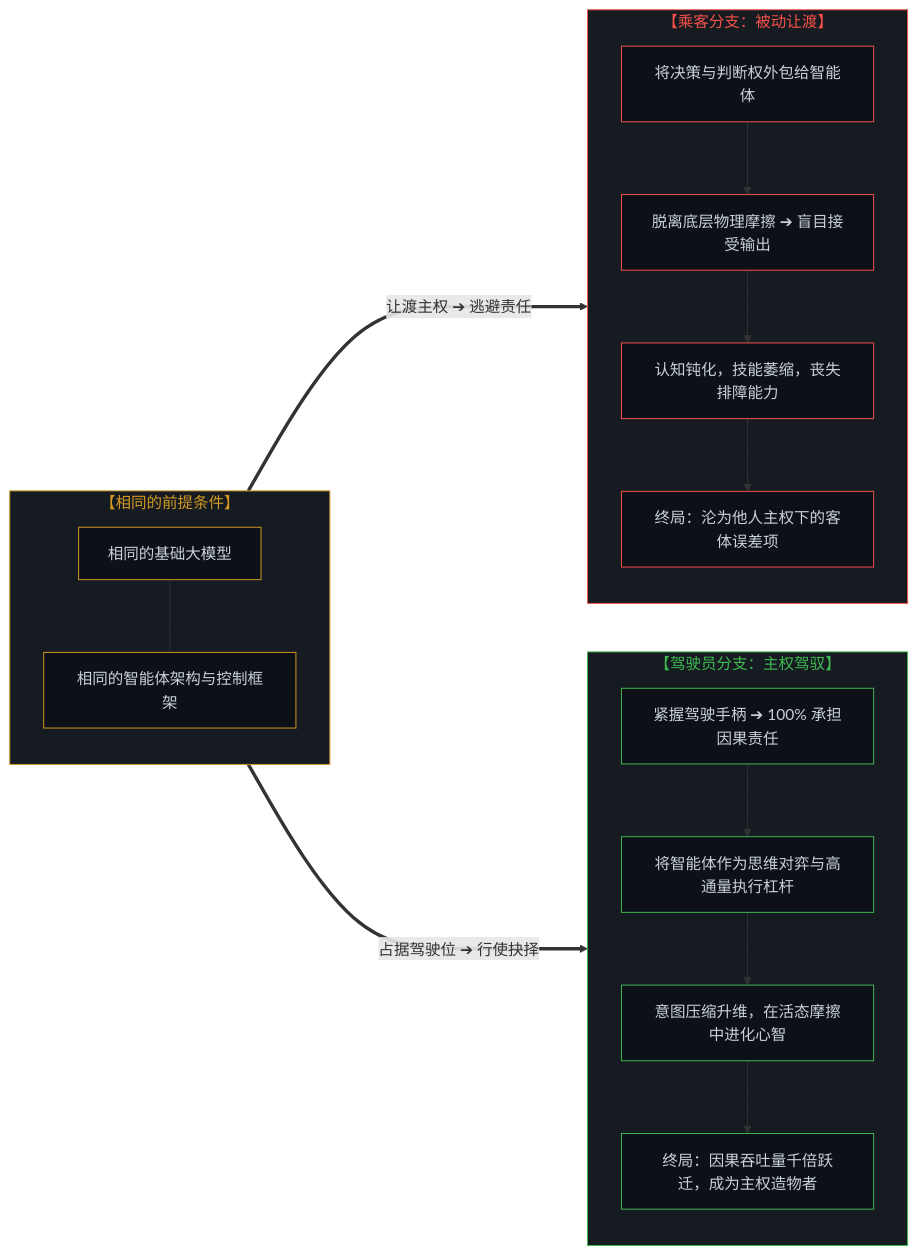
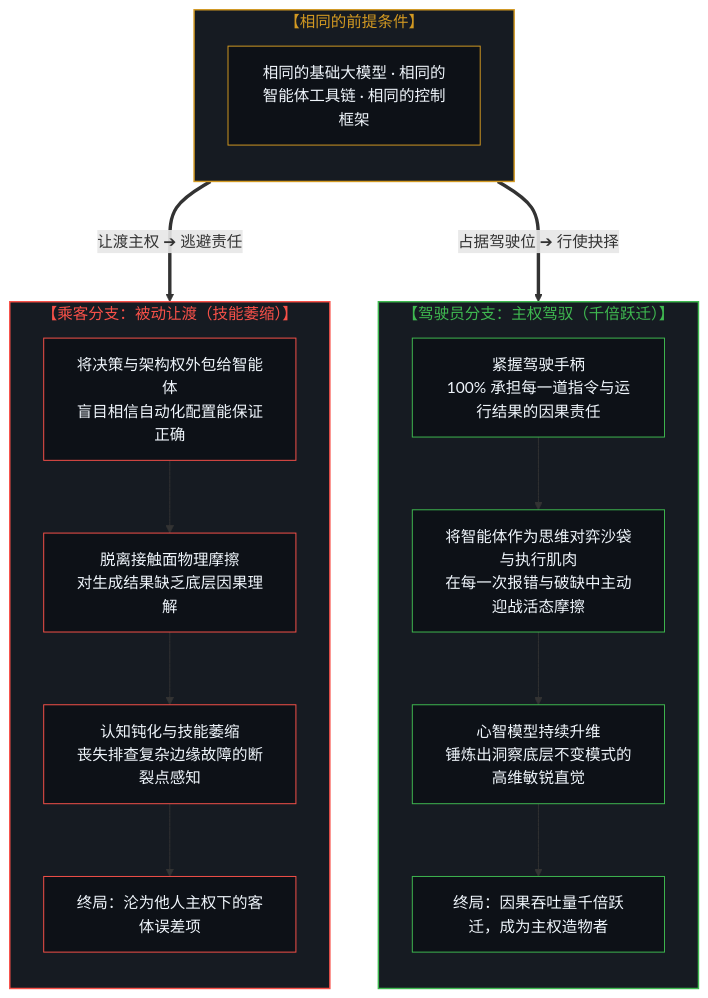
The fourth of 5 diagrams in content/posts/the-inversion-of-the-harness-and-the-driver-seat-asymmetry.md (powerpig99/not-a-toe), drawn with Mermaid before and after one commit. The commit also changed other lines of this file and 3 other files, not shown here.

Commit message:
Optimize Mermaid diagram layouts for readability across Post #322

````diff
--- a/content/posts/the-inversion-of-the-harness-and-the-driver-seat-asymmetry.md
+++ b/content/posts/the-inversion-of-the-harness-and-the-driver-seat-asymmetry.md
@@ -231,44 +208,41 @@
 ```mermaid
-graph LR
+graph TD
     subgraph S_Input["【相同的前提条件】"]
         direction TB
-        U0["相同的基础大模型"]
-        U1["相同的智能体架构与控制框架"]
-        U0 --- U1
+        U0["相同的基础大模型 · 相同的智能体工具链 · 相同的控制框架"]
     end
 
-    subgraph S_Passive["【乘客分支：被动让渡】"]
+    subgraph S_Passive["【乘客分支：被动让渡（技能萎缩）】"]
         direction TB
-        P1["将决策与判断权外包给智能体"]
-        P2["脱离底层物理摩擦 ➔ 盲目接受输出"]
-        P3["认知钝化，技能萎缩，丧失排障能力"]
+        P1["将决策与架构权外包给智能体<br/>盲目相信自动化配置能保证正确"]
+        P2["脱离接触面物理摩擦<br/>对生成结果缺乏底层因果理解"]
+        P3["认知钝化与技能萎缩<br/>丧失排查复杂边缘故障的断裂点感知"]
         P4["终局：沦为他人主权下的客体误差项"]
         P1 --> P2 --> P3 --> P4
     end
 
-    subgraph S_Active["【驾驶员分支：主权驾驭】"]
+    subgraph S_Active["【驾驶员分支：主权驾驭（千倍跃迁）】"]
         direction TB
-        A1["紧握驾驶手柄 ➔ 100% 承担因果责任"]
-        A2["将智能体作为思维对弈与高通量执行杠杆"]
-        A3["意图压缩升维，在活态摩擦中进化心智"]
+        A1["紧握驾驶手柄<br/>100% 承担每一道指令与运行结果的因果责任"]
+        A2["将智能体作为思维对弈沙袋与执行肌肉<br/>在每一次报错与破缺中主动迎战活态摩擦"]
+        A3["心智模型持续升维<br/>锤炼出洞察底层不变模式的高维敏锐直觉"]
         A4["终局：因果吞吐量千倍跃迁，成为主权造物者"]
         A1 --> A2 --> A3 --> A4
     end
 
     S_Input ===>|"让渡主权 ➔ 逃避责任"| S_Passive
     S_Input ===>|"占据驾驶位 ➔ 行使抉择"| S_Active
 
-    style S_Input fill:#161b22,stroke:#d29922,stroke-width:1px,color:#d29922
-    style S_Passive fill:#161b22,stroke:#f85149,stroke-width:1px,color:#f85149
-    style S_Active fill:#161b22,stroke:#3fb950,stroke-width:1px,color:#3fb950
-    style U0 fill:#0d1117,stroke:#d29922,stroke-width:1px,color:#c9d1d9
-    style U1 fill:#0d1117,stroke:#d29922,stroke-width:1px,color:#c9d1d9
-    style P1 fill:#0d1117,stroke:#f85149,stroke-width:1px,color:#c9d1d9
-    style P2 fill:#0d1117,stroke:#f85149,stroke-width:1px,color:#c9d1d9
-    style P3 fill:#0d1117,stroke:#f85149,stroke-width:1px,color:#c9d1d9
-    style P4 fill:#0d1117,stroke:#f85149,stroke-width:1px,color:#c9d1d9
-    style A1 fill:#0d1117,stroke:#3fb950,stroke-width:1px,color:#c9d1d9
-    style A2 fill:#0d1117,stroke:#3fb950,stroke-width:1px,color:#c9d1d9
-    style A3 fill:#0d1117,stroke:#3fb950,stroke-width:1px,color:#c9d1d9
-    style A4 fill:#0d1117,stroke:#3fb950,stroke-width:1px,color:#c9d1d9
+    style S_Input fill:#161b22,stroke:#d29922,stroke-width:1.5px,color:#d29922
+    style S_Passive fill:#161b22,stroke:#f85149,stroke-width:1.5px,color:#f85149
+    style S_Active fill:#161b22,stroke:#3fb950,stroke-width:1.5px,color:#3fb950
+    style U0 fill:#0d1117,stroke:#d29922,stroke-width:1px,color:#f0f6fc
+    style P1 fill:#0d1117,stroke:#f85149,stroke-width:1px,color:#f0f6fc
+    style P2 fill:#0d1117,stroke:#f85149,stroke-width:1px,color:#f0f6fc
+    style P3 fill:#0d1117,stroke:#f85149,stroke-width:1px,color:#f0f6fc
+    style P4 fill:#0d1117,stroke:#f85149,stroke-width:1px,color:#f0f6fc
+    style A1 fill:#0d1117,stroke:#3fb950,stroke-width:1px,color:#f0f6fc
+    style A2 fill:#0d1117,stroke:#3fb950,stroke-width:1px,color:#f0f6fc
+    style A3 fill:#0d1117,stroke:#3fb950,stroke-width:1px,color:#f0f6fc
+    style A4 fill:#0d1117,stroke:#3fb950,stroke-width:1px,color:#f0f6fc
 ```
````
